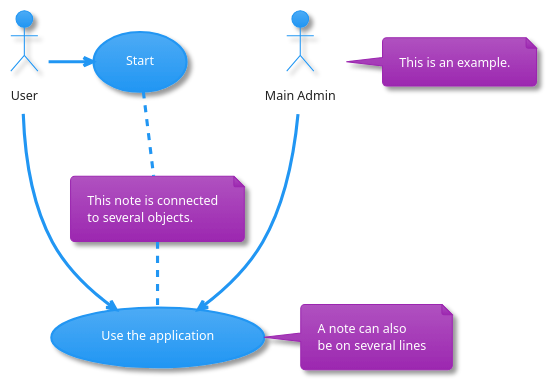
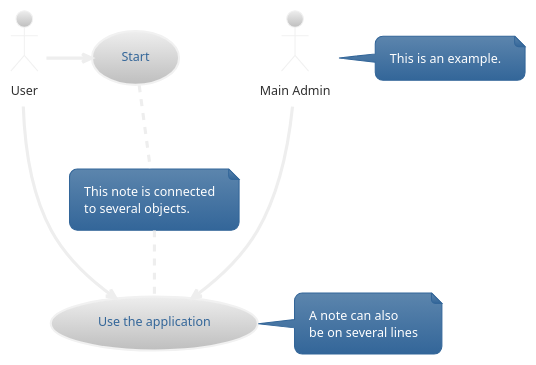
Before and after one commit to adautomendes/plantUmlAutomation: the diagram in diagrams/usecaseDiagram.puml, drawn with PlantUML. The commit also changed 5 other files, not shown here.

Commit message:
Update theme to silver

```diff
--- a/diagrams/usecaseDiagram.puml
+++ b/diagrams/usecaseDiagram.puml
@@ -1,22 +1,22 @@
 @startuml
-!theme materia
+!theme silver
 
 :Main Admin: as Admin
 (Use the application) as (Use)
 
 User -> (Start)
 User --> (Use)
 
 Admin ---> (Use)
 
 note right of Admin : This is an example.
 
 note right of (Use)
   A note can also
   be on several lines
 end note
 
 note "This note is connected\nto several objects." as N2
 (Start) .. N2
 N2 .. (Use)
 @enduml
```
